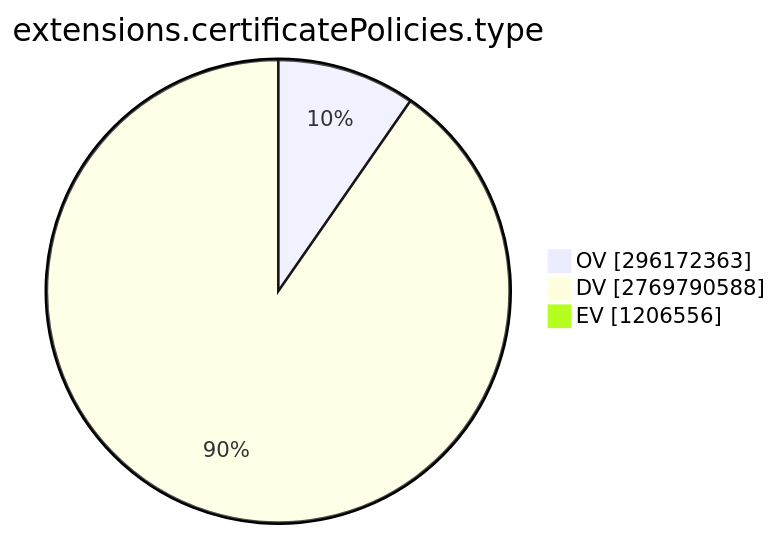
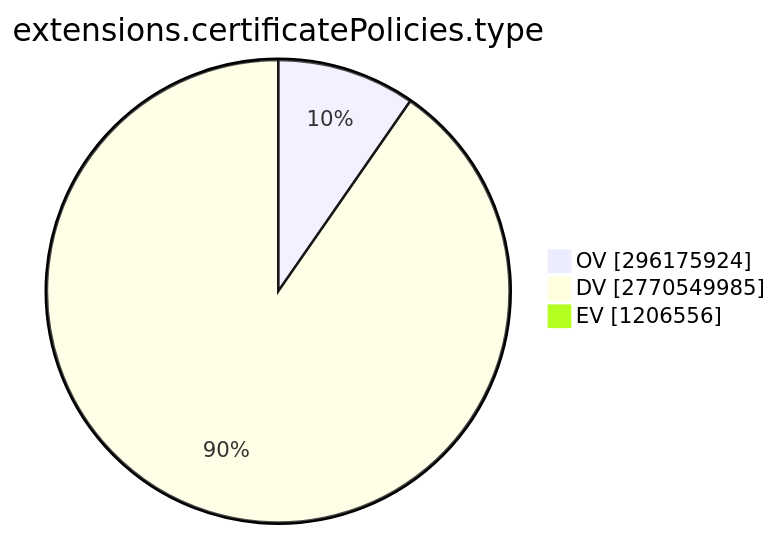
The ninth of 15 diagrams in TOTAL/README.md (christiankrug/ctmonitor_visualization), drawn with Mermaid before and after one commit. The commit also changed other lines of this file, not shown here.

````diff
--- a/TOTAL/README.md
+++ b/TOTAL/README.md
@@ -3099,7 +3099,7 @@
 ```mermaid
 pie showData
 title extensions.certificatePolicies.type
-"OV" :296172363
-"DV" :2769790588
+"OV" :296175924
+"DV" :2770549985
 "EV" :1206556
 ```
````
